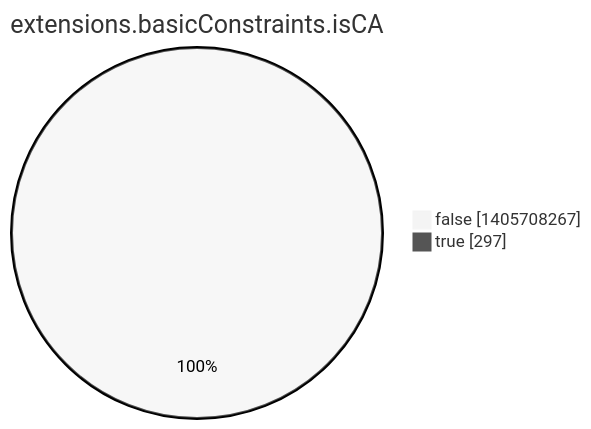
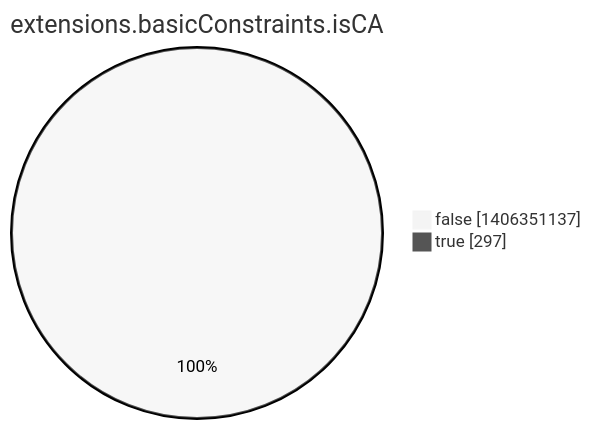
The eighth of 15 diagrams in argon2022/README.md (christiankrug/ctmonitor_visualization), drawn with Mermaid (neutral theme) before and after one commit. The commit also changed other lines of this file, not shown here.

````diff
--- a/argon2022/README.md
+++ b/argon2022/README.md
@@ -2760,6 +2760,6 @@
 ```mermaid
 pie showData
 title extensions.basicConstraints.isCA
-"false" :1405708267
+"false" :1406351137
 "true" :297
 ```
````
